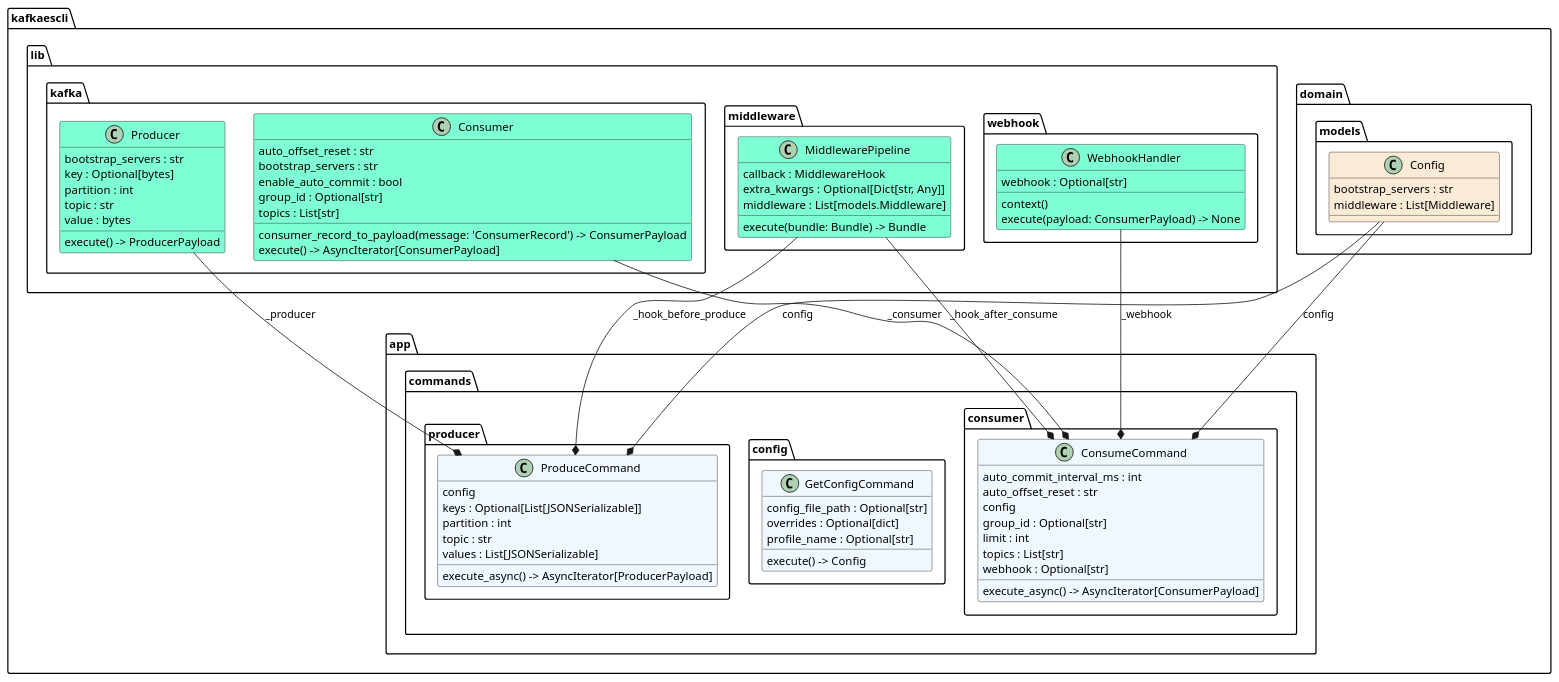
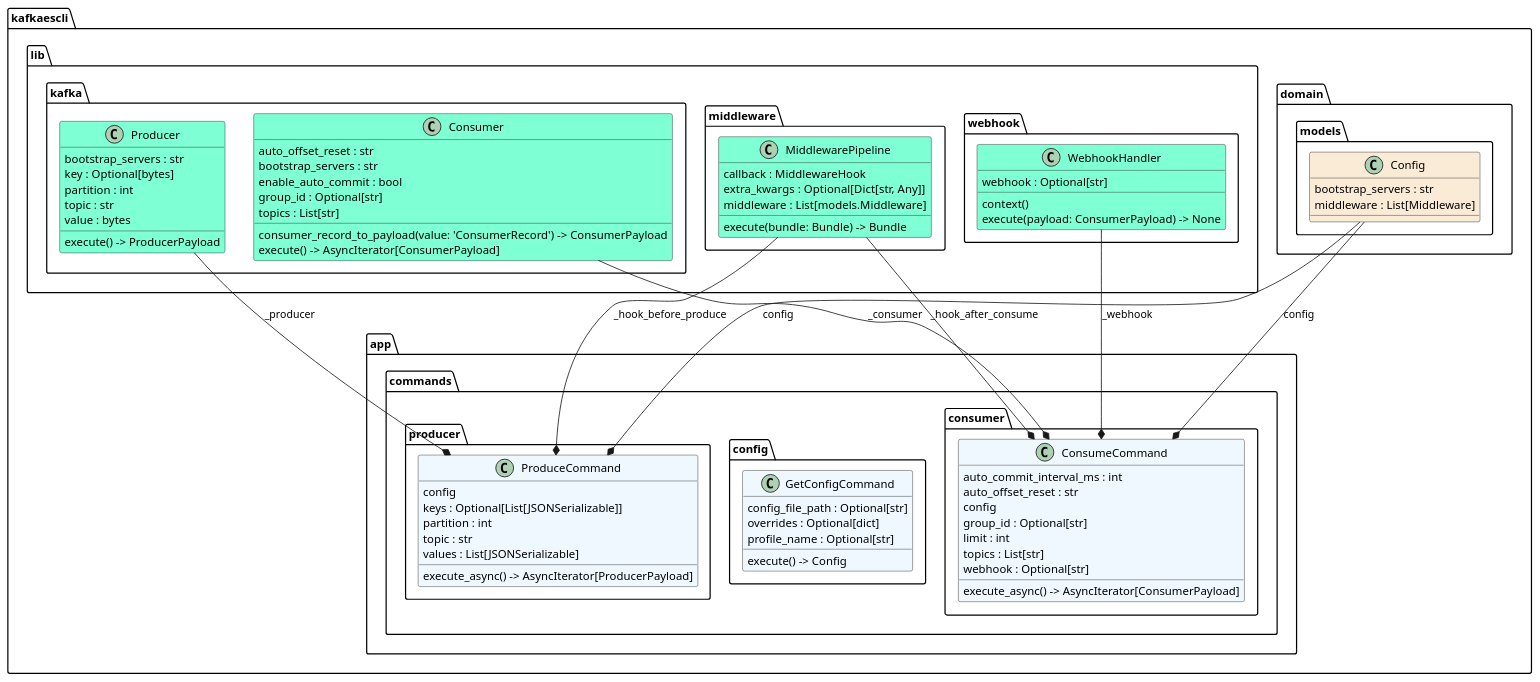
One commit to jonykalavera/kafkaescli changed the diagram in docs/diagrams/classes_kafkaescli.app.plantuml. Above: the diagram before and after it, drawn with PlantUML. The commit also changed 17 other files, not shown here.

Commit message:
rename message to value

```diff
--- a/docs/diagrams/classes_kafkaescli.app.plantuml
+++ b/docs/diagrams/classes_kafkaescli.app.plantuml
@@ -1,66 +1,66 @@
 @startuml classes_kafkaescli.app
 
 class "Config" as kafkaescli.domain.models.Config #antiquewhite {
   bootstrap_servers : str
   middleware : List[Middleware]
 }
 class "ConsumeCommand" as kafkaescli.app.commands.consumer.ConsumeCommand #aliceblue {
   auto_commit_interval_ms : int
   auto_offset_reset : str
   config
   group_id : Optional[str]
   limit : int
   topics : List[str]
   webhook : Optional[str]
   execute_async() -> AsyncIterator[ConsumerPayload]
 }
 class "Consumer" as kafkaescli.lib.kafka.Consumer #aquamarine {
   auto_offset_reset : str
   bootstrap_servers : str
   enable_auto_commit : bool
   group_id : Optional[str]
   topics : List[str]
-  consumer_record_to_payload(message: 'ConsumerRecord') -> ConsumerPayload
+  consumer_record_to_payload(value: 'ConsumerRecord') -> ConsumerPayload
   execute() -> AsyncIterator[ConsumerPayload]
 }
 class "GetConfigCommand" as kafkaescli.app.commands.config.GetConfigCommand #aliceblue {
   config_file_path : Optional[str]
   overrides : Optional[dict]
   profile_name : Optional[str]
   execute() -> Config
 }
 class "MiddlewarePipeline" as kafkaescli.lib.middleware.MiddlewarePipeline #aquamarine {
   callback : MiddlewareHook
   extra_kwargs : Optional[Dict[str, Any]]
   middleware : List[models.Middleware]
   execute(bundle: Bundle) -> Bundle
 }
 class "ProduceCommand" as kafkaescli.app.commands.producer.ProduceCommand #aliceblue {
   config
   keys : Optional[List[JSONSerializable]]
   partition : int
   topic : str
   values : List[JSONSerializable]
   execute_async() -> AsyncIterator[ProducerPayload]
 }
 class "Producer" as kafkaescli.lib.kafka.Producer #aquamarine {
   bootstrap_servers : str
   key : Optional[bytes]
   partition : int
   topic : str
   value : bytes
   execute() -> ProducerPayload
 }
 class "WebhookHandler" as kafkaescli.lib.webhook.WebhookHandler #aquamarine {
   webhook : Optional[str]
   context()
   execute(payload: ConsumerPayload) -> None
 }
 kafkaescli.domain.models.Config --* kafkaescli.app.commands.consumer.ConsumeCommand : config
 kafkaescli.domain.models.Config --* kafkaescli.app.commands.producer.ProduceCommand : config
 kafkaescli.lib.kafka.Consumer --* kafkaescli.app.commands.consumer.ConsumeCommand : _consumer
 kafkaescli.lib.kafka.Producer --* kafkaescli.app.commands.producer.ProduceCommand : _producer
 kafkaescli.lib.middleware.MiddlewarePipeline --* kafkaescli.app.commands.consumer.ConsumeCommand : _hook_after_consume
 kafkaescli.lib.middleware.MiddlewarePipeline --* kafkaescli.app.commands.producer.ProduceCommand : _hook_before_produce
 kafkaescli.lib.webhook.WebhookHandler --* kafkaescli.app.commands.consumer.ConsumeCommand : _webhook
 @enduml
```
